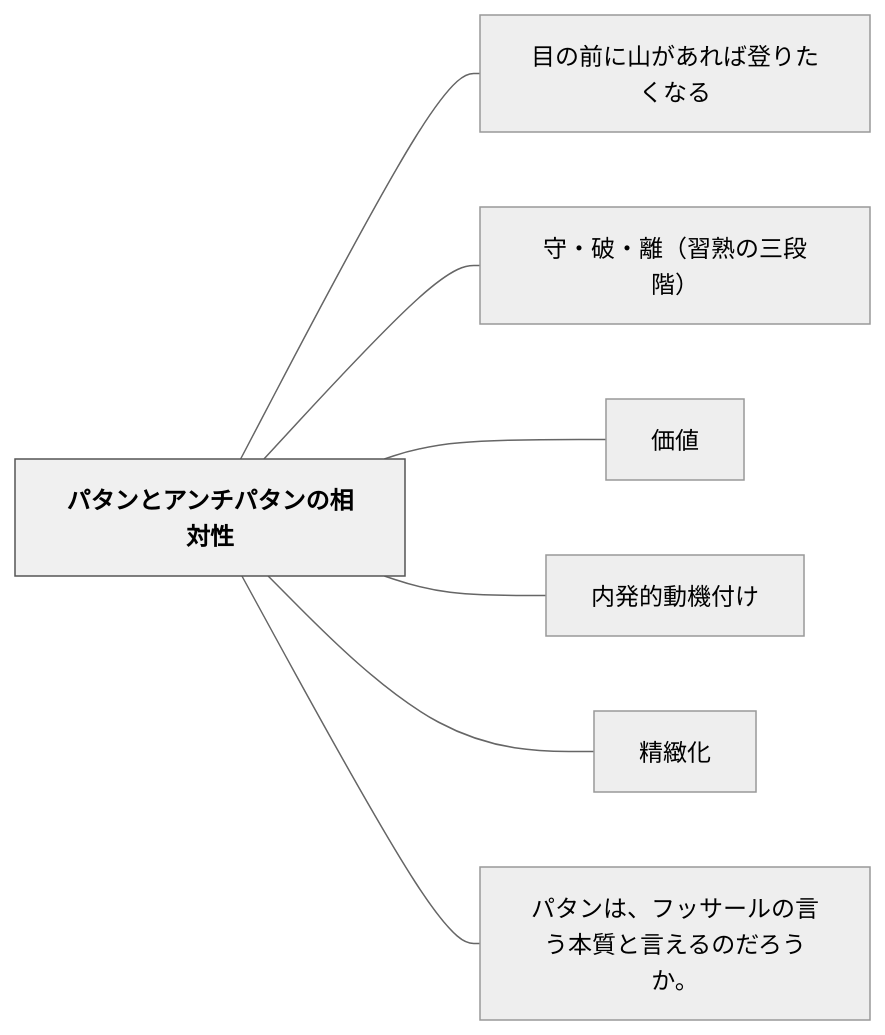
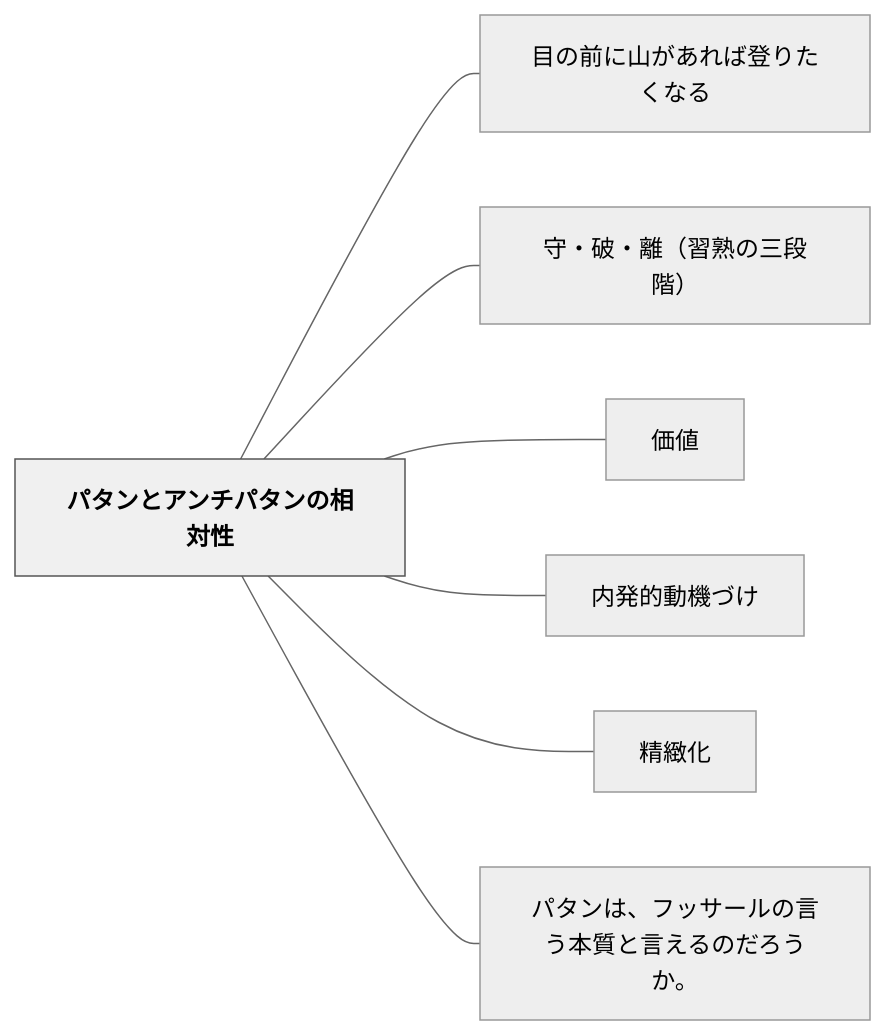
The diagram in content/パタン/パタンとアンチパタンの相対性.md (unknownthings-ed-patterns/unknownthings-ed-patterns), drawn with Mermaid (neutral theme) before and after one commit. The commit also changed other lines of this file and 234 other files, not shown here.

````diff
--- a/content/パタン/パタンとアンチパタンの相対性.md
+++ b/content/パタン/パタンとアンチパタンの相対性.md
@@ -138,20 +138,20 @@
 ```mermaid
 flowchart LR
     ne38391e382bfe383b3e381a8e382a2e383b3e38381e38391e382bfe383b3e381aee79bb8e5afbee680a7["パタンとアンチパタンの相対性"]
     ne79baee381aee5898de381abe5b1b1e3818ce38182e3828ce381b0e799bbe3828ae3819fe3818fe381aae3828b["目の前に山があれば登りたくなる"]
     ne5ae88e383bbe7a0b4e383bbe99ba2efbc88e7bf92e7869fe381aee4b889e6aeb5e99a8eefbc89["守・破・離（習熟の三段階）"]
     ne4bea1e580a4["価値"]
-    ne58685e799bae79a84e58b95e6a99fe4bb98e38191["内発的動機付け"]
+    ne58685e799bae79a84e58b95e6a99fe381a5e38191["内発的動機づけ"]
     ne7b2bee7b7bbe58c96["精緻化"]
     ne38391e382bfe383b3e381afe38081e38395e38383e382b5e383bce383abe381aee8a880e38186e69cace8b3aae381a8e8a880e38188e3828be381aee381a0e3828de38186e3818be38082["パタンは、フッサールの言う本質と言えるのだろうか。"]
 
     ne38391e382bfe383b3e381a8e382a2e383b3e38381e38391e382bfe383b3e381aee79bb8e5afbee680a7 --- ne79baee381aee5898de381abe5b1b1e3818ce38182e3828ce381b0e799bbe3828ae3819fe3818fe381aae3828b
     ne38391e382bfe383b3e381a8e382a2e383b3e38381e38391e382bfe383b3e381aee79bb8e5afbee680a7 --- ne5ae88e383bbe7a0b4e383bbe99ba2efbc88e7bf92e7869fe381aee4b889e6aeb5e99a8eefbc89
     ne38391e382bfe383b3e381a8e382a2e383b3e38381e38391e382bfe383b3e381aee79bb8e5afbee680a7 --- ne4bea1e580a4
-    ne38391e382bfe383b3e381a8e382a2e383b3e38381e38391e382bfe383b3e381aee79bb8e5afbee680a7 --- ne58685e799bae79a84e58b95e6a99fe4bb98e38191
+    ne38391e382bfe383b3e381a8e382a2e383b3e38381e38391e382bfe383b3e381aee79bb8e5afbee680a7 --- ne58685e799bae79a84e58b95e6a99fe381a5e38191
     ne38391e382bfe383b3e381a8e382a2e383b3e38381e38391e382bfe383b3e381aee79bb8e5afbee680a7 --- ne7b2bee7b7bbe58c96
     ne38391e382bfe383b3e381a8e382a2e383b3e38381e38391e382bfe383b3e381aee79bb8e5afbee680a7 --- ne38391e382bfe383b3e381afe38081e38395e38383e382b5e383bce383abe381aee8a880e38186e69cace8b3aae381a8e8a880e38188e3828be381aee381a0e3828de38186e3818be38082
 
     classDef hub fill:#f0f0f0,stroke:#555,color:#000,font-weight:bold
     class ne38391e382bfe383b3e381a8e382a2e383b3e38381e38391e382bfe383b3e381aee79bb8e5afbee680a7 hub
 ```
````
